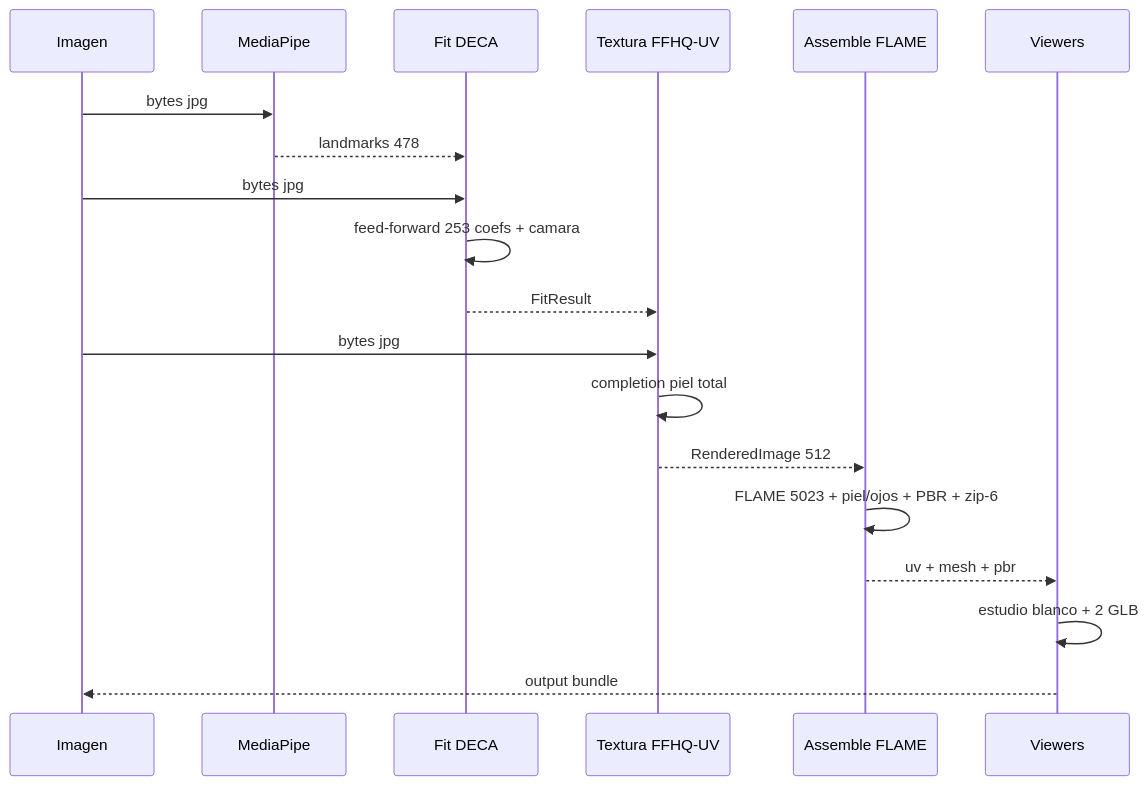
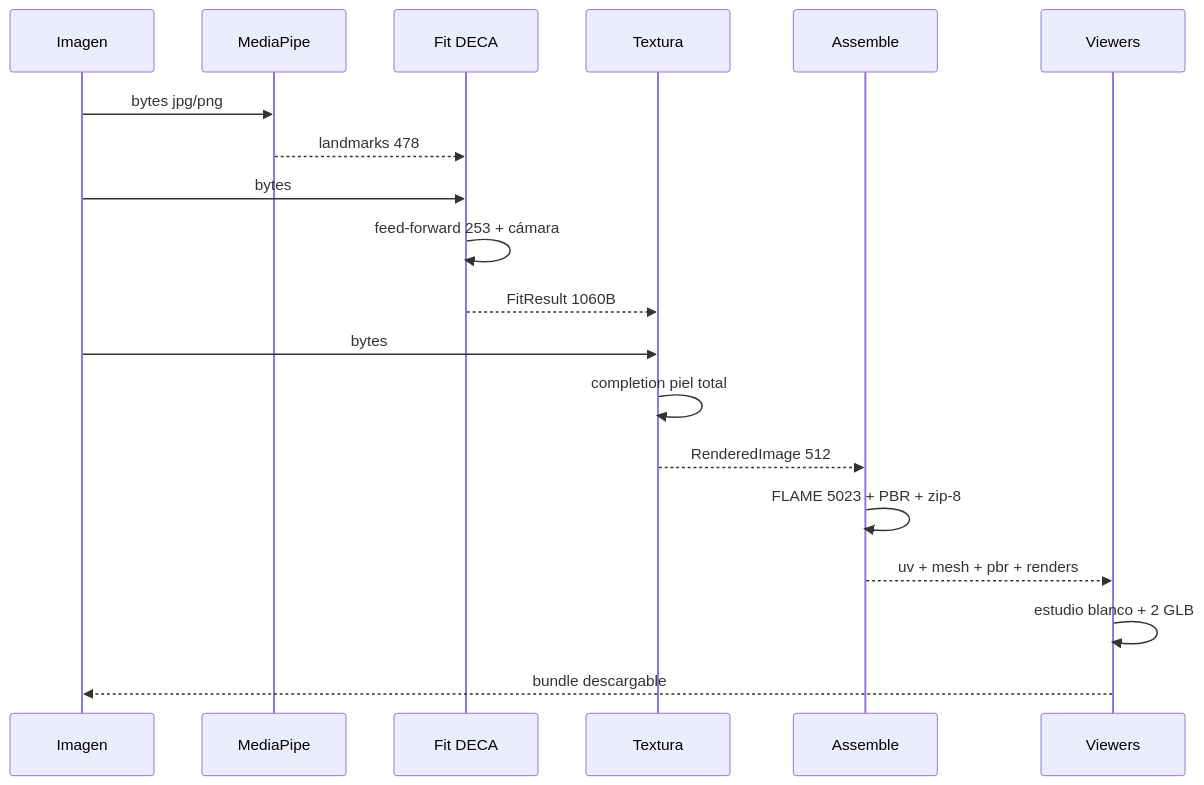
The third of 4 diagrams in PIPELINE.md (dinoesau/vultus), drawn with Mermaid before and after one commit. The commit also changed other lines of this file and 6 other files, not shown here.

````diff
--- a/PIPELINE.md
+++ b/PIPELINE.md
@@ -81,22 +61,21 @@
 ```mermaid
 sequenceDiagram
     participant I as Imagen
     participant MP as MediaPipe
     participant FIT as Fit DECA
-    participant TX as Textura FFHQ-UV
-    participant ASM as Assemble FLAME
+    participant TX as Textura
+    participant ASM as Assemble
     participant VW as Viewers
-
-    I->>MP: bytes jpg
+    I->>MP: bytes jpg/png
     MP-->>FIT: landmarks 478
-    I->>FIT: bytes jpg
-    FIT->>FIT: feed-forward 253 coefs + camara
-    FIT-->>TX: FitResult
-    I->>TX: bytes jpg
+    I->>FIT: bytes
+    FIT->>FIT: feed-forward 253 + cámara
+    FIT-->>TX: FitResult 1060B
+    I->>TX: bytes
     TX->>TX: completion piel total
     TX-->>ASM: RenderedImage 512
-    ASM->>ASM: FLAME 5023 + piel/ojos + PBR + zip-6
-    ASM-->>VW: uv + mesh + pbr
+    ASM->>ASM: FLAME 5023 + PBR + zip-8
+    ASM-->>VW: uv + mesh + pbr + renders
     VW->>VW: estudio blanco + 2 GLB
-    VW-->>I: output bundle
+    VW-->>I: bundle descargable
 ```
````
